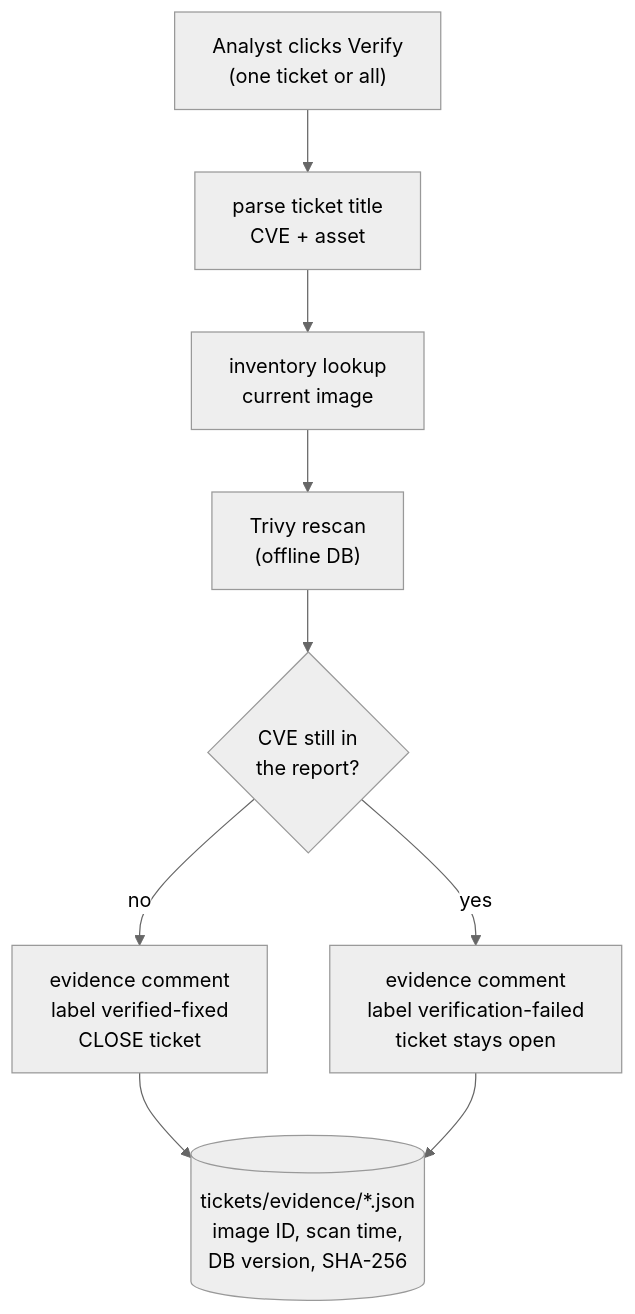
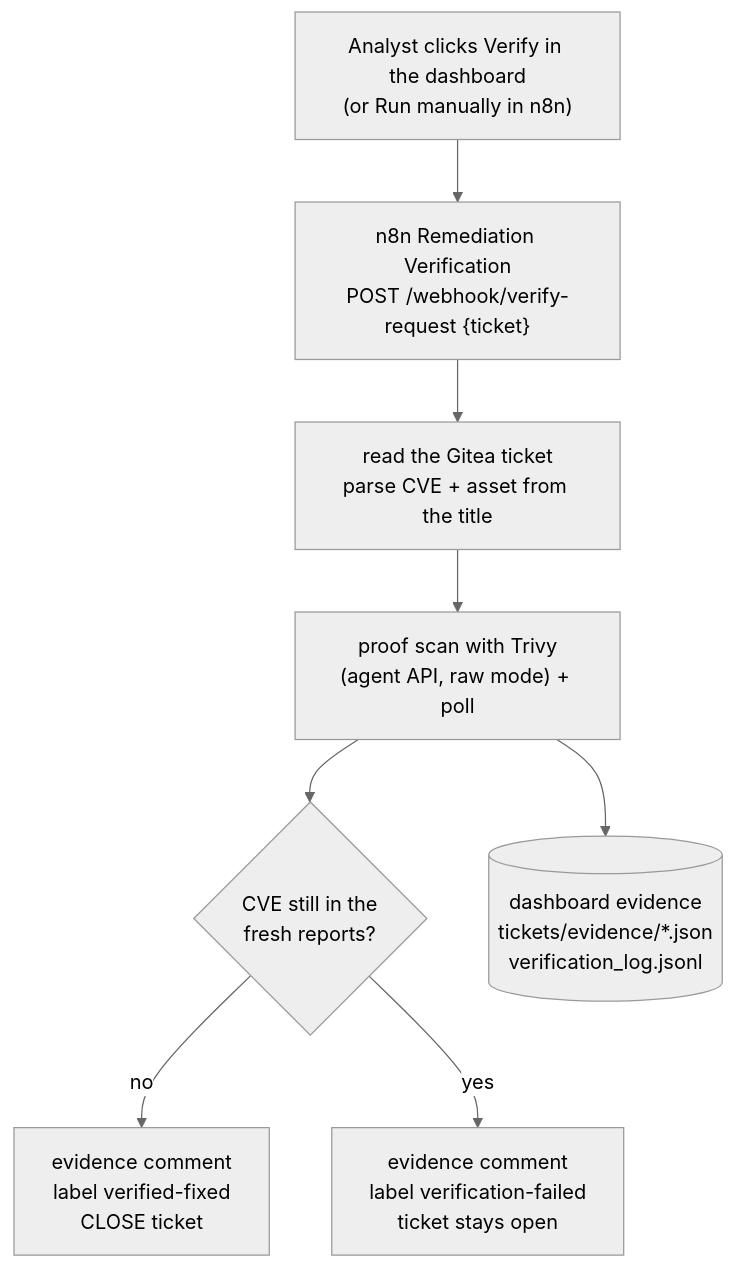
The diagram in documentation/report-kit/diagrams/d6-verification-logic.mmd (aminsmida2022-alt/Vulproject), drawn with Mermaid (neutral theme) before and after one commit. The commit also changed 49 other files, not shown here.

First line of the commit message:
n8n: secrets from env, verification evidence in dashboard, report kit for 3 workflows

```diff
--- a/documentation/report-kit/diagrams/d6-verification-logic.mmd
+++ b/documentation/report-kit/diagrams/d6-verification-logic.mmd
@@ -1,9 +1,8 @@
 flowchart TD
-    S["Analyst clicks Verify<br/>(one ticket or all)"] --> P["parse ticket title<br/>CVE + asset"]
-    P --> I["inventory lookup<br/>current image"]
-    I --> T["Trivy rescan<br/>(offline DB)"]
-    T --> Q{"CVE still in<br/>the report?"}
+    S["Analyst clicks Verify in the dashboard<br/>(or Run manually in n8n)"] --> W["n8n Remediation Verification<br/>POST /webhook/verify-request {ticket}"]
+    W --> P["read the Gitea ticket<br/>parse CVE + asset from the title"]
+    P --> T["proof scan with Trivy<br/>(agent API, raw mode) + poll"]
+    T --> Q{"CVE still in the<br/>fresh reports?"}
     Q -- no --> OK["evidence comment<br/>label verified-fixed<br/>CLOSE ticket"]
     Q -- yes --> KO["evidence comment<br/>label verification-failed<br/>ticket stays open"]
-    OK --> E[("tickets/evidence/*.json<br/>image ID, scan time,<br/>DB version, SHA-256")]
-    KO --> E
+    T --> E[("dashboard evidence<br/>tickets/evidence/*.json<br/>verification_log.jsonl")]
```
